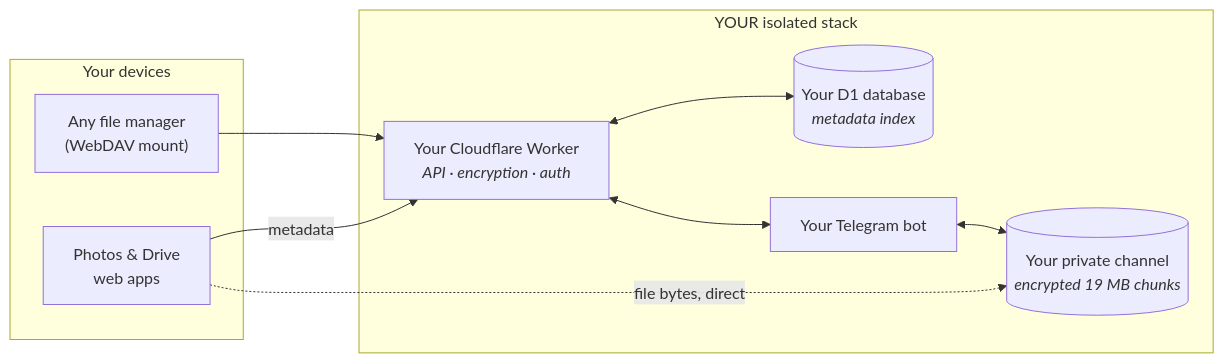
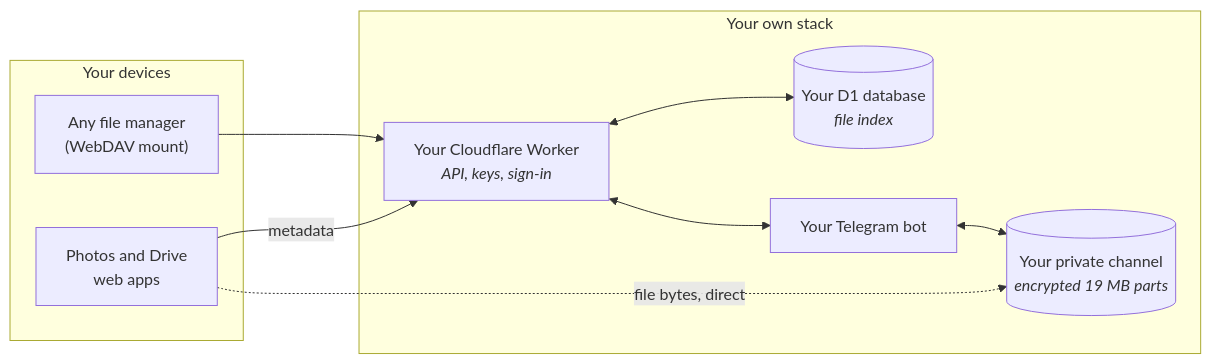
One commit to myrosama/DaemonClient changed the diagram in README.md. Above: the diagram before and after it, drawn with Mermaid. The commit also changed other lines of this file and 3 other files, not shown here.

````diff
--- a/README.md
+++ b/README.md
@@ -72,21 +73,21 @@
 ```mermaid
 flowchart LR
     subgraph Clients["Your devices"]
-        WEB["Photos & Drive<br/>web apps"]
+        WEB["Photos and Drive<br/>web apps"]
         DAV["Any file manager<br/>(WebDAV mount)"]
     end
 
-    subgraph Stack["YOUR isolated stack"]
-        W["Your Cloudflare Worker<br/><i>API · encryption · auth</i>"]
-        D1[("Your D1 database<br/><i>metadata index</i>")]
+    subgraph Stack["Your own stack"]
+        W["Your Cloudflare Worker<br/><i>API, keys, sign-in</i>"]
+        D1[("Your D1 database<br/><i>file index</i>")]
         BOT["Your Telegram bot"]
-        CH[("Your private channel<br/><i>encrypted 19 MB chunks</i>")]
+        CH[("Your private channel<br/><i>encrypted 19 MB parts</i>")]
     end
 
     WEB -->|metadata| W
     DAV --> W
     W <--> D1
     W <--> BOT
     WEB -.->|file bytes, direct| CH
     BOT <--> CH
 ```
````
